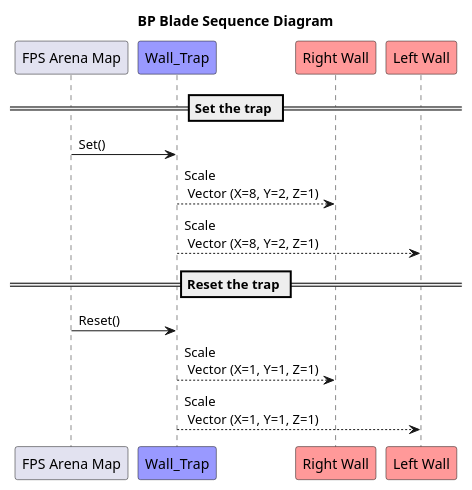
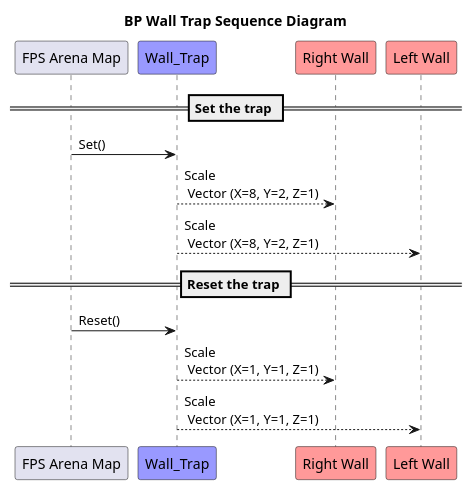
Before and after one commit to Mrlos66/Death_Quadrant: the diagram in Design/FYP-DQ-BP_WallTrapSequence.plantuml, drawn with PlantUML. The commit also changed 2 other files, not shown here.

```diff
--- a/Design/FYP-DQ-BP_WallTrapSequence.plantuml
+++ b/Design/FYP-DQ-BP_WallTrapSequence.plantuml
@@ -1,16 +1,16 @@
 @startuml
 
-title BP Blade Sequence Diagram
+title BP Wall Trap Sequence Diagram
 participant "FPS Arena Map" as FPS_Map 
 participant Wall_Trap as Wall_Trap  #9999FF
 participant "Right Wall" as Wall_R  #FF9999
 participant "Left Wall" as Wall_L  #FF9999
 == Set the trap ==
 FPS_Map -> Wall_Trap: Set()
 Wall_Trap --> Wall_R: Scale \n Vector (X=8, Y=2, Z=1)
 Wall_Trap --> Wall_L: Scale \n Vector (X=8, Y=2, Z=1)
 == Reset the trap ==
 FPS_Map -> Wall_Trap: Reset()
 Wall_Trap --> Wall_R: Scale \n Vector (X=1, Y=1, Z=1)
 Wall_Trap --> Wall_L: Scale \n Vector (X=1, Y=1, Z=1)
 @enduml
```
